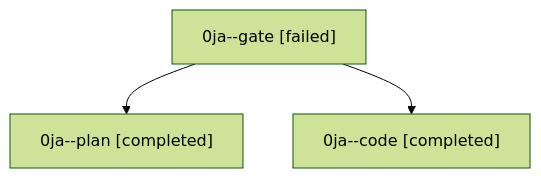
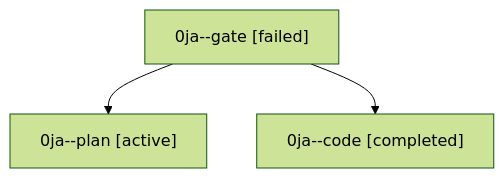
The diagram in families/bbugyi200.athena.0ja.md (sase-org/sase--agents), drawn with Mermaid (forest theme) before and after one commit. The commit also changed other lines of this file and 35830 other files, not shown here.

````diff
--- a/families/bbugyi200.athena.0ja.md
+++ b/families/bbugyi200.athena.0ja.md
@@ -9,8 +9,8 @@
 ```mermaid
 flowchart TD
   n0["0ja--gate [failed]"]
-  n1["0ja--plan [completed]"]
+  n1["0ja--plan [active]"]
   n0 --> n1
   n2["0ja--code [completed]"]
   n0 --> n2
 ```
````
